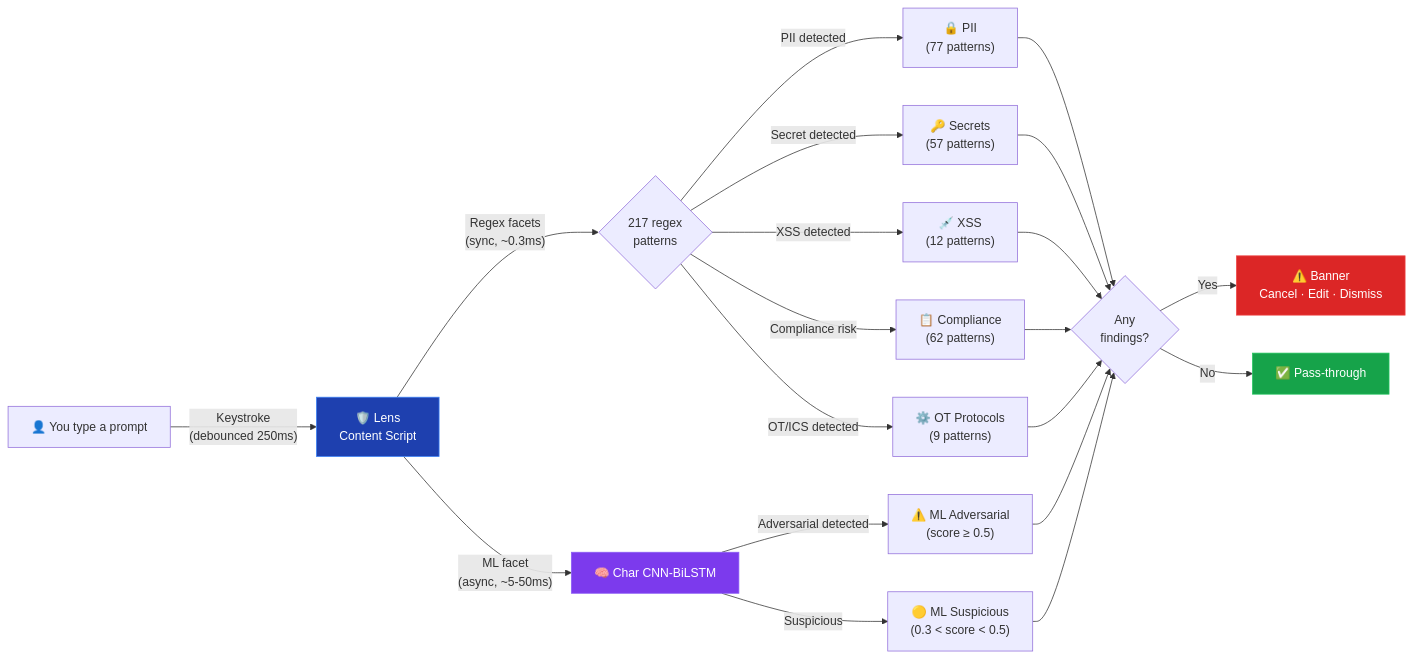
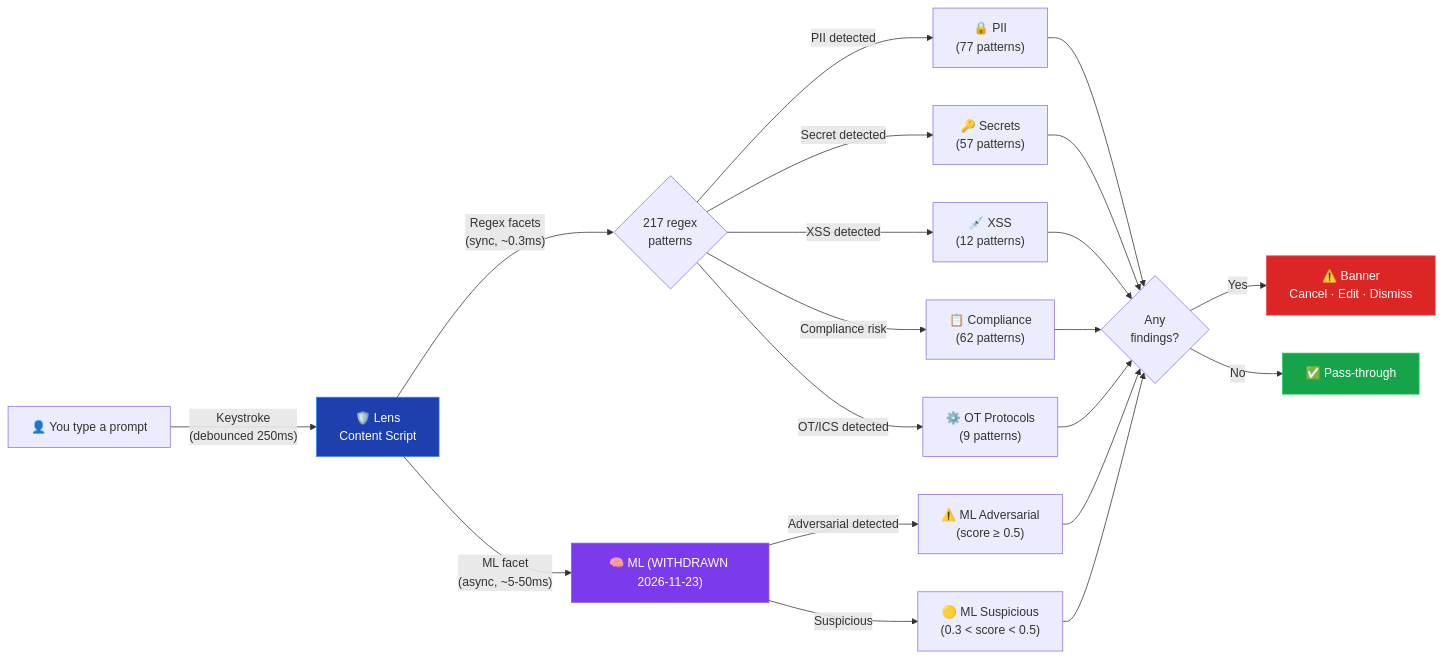
Before and after one commit to aegisgatesecurity/aegisgate-lens: the diagram in README.md, drawn with Mermaid. The commit also changed other lines of this file and 20 other files, not shown here.

````diff
--- a/README.md
+++ b/README.md
@@ -113,23 +114,23 @@
 ```mermaid
 flowchart LR
     User["👤 You type a prompt"] -->|"Keystroke<br/>(debounced 250ms)"| Lens["🛡️ Lens<br/>Content Script"]
     Lens -->|"Regex facets<br/>(sync, ~0.3ms)"| Regex{"217 regex<br/>patterns"}
-    Lens -->|"ML facet<br/>(async, ~5-50ms)"| ML["🧠 Char CNN-BiLSTM"]
+    Lens -->|"ML facet<br/>(async, ~5-50ms)"| ML["🧠 ML (WITHDRAWN 2026-11-23)"]
 
     Regex -->|"PII detected"| PII["🔒 PII<br/>(77 patterns)"]
     Regex -->|"Secret detected"| Secret["🔑 Secrets<br/>(57 patterns)"]
     Regex -->|"XSS detected"| XSS["💉 XSS<br/>(12 patterns)"]
     Regex -->|"Compliance risk"| Comp["📋 Compliance<br/>(62 patterns)"]
     Regex -->|"OT/ICS detected"| OT["⚙️ OT Protocols<br/>(9 patterns)"]
     ML -->|"Adversarial detected"| Adv["⚠️ ML Adversarial<br/>(score ≥ 0.5)"]
     ML -->|"Suspicious"| Sus["🟡 ML Suspicious<br/>(0.3 < score < 0.5)"]
 
     PII & Secret & XSS & Comp & OT & Adv & Sus --> Decision{"Any<br/>findings?"}
     Decision -->|"Yes"| Banner["⚠️ Banner<br/>Cancel · Edit · Dismiss"]
     Decision -->|"No"| Pass["✅ Pass-through"]
 
     style Lens fill:#1e40af,stroke:#3b82f6,color:#fff
     style ML fill:#7c3aed,stroke:#8b5cf6,color:#fff
     style Banner fill:#dc2626,stroke:#ef4444,color:#fff
     style Pass fill:#16a34a,stroke:#22c55e,color:#fff
 ```
````
